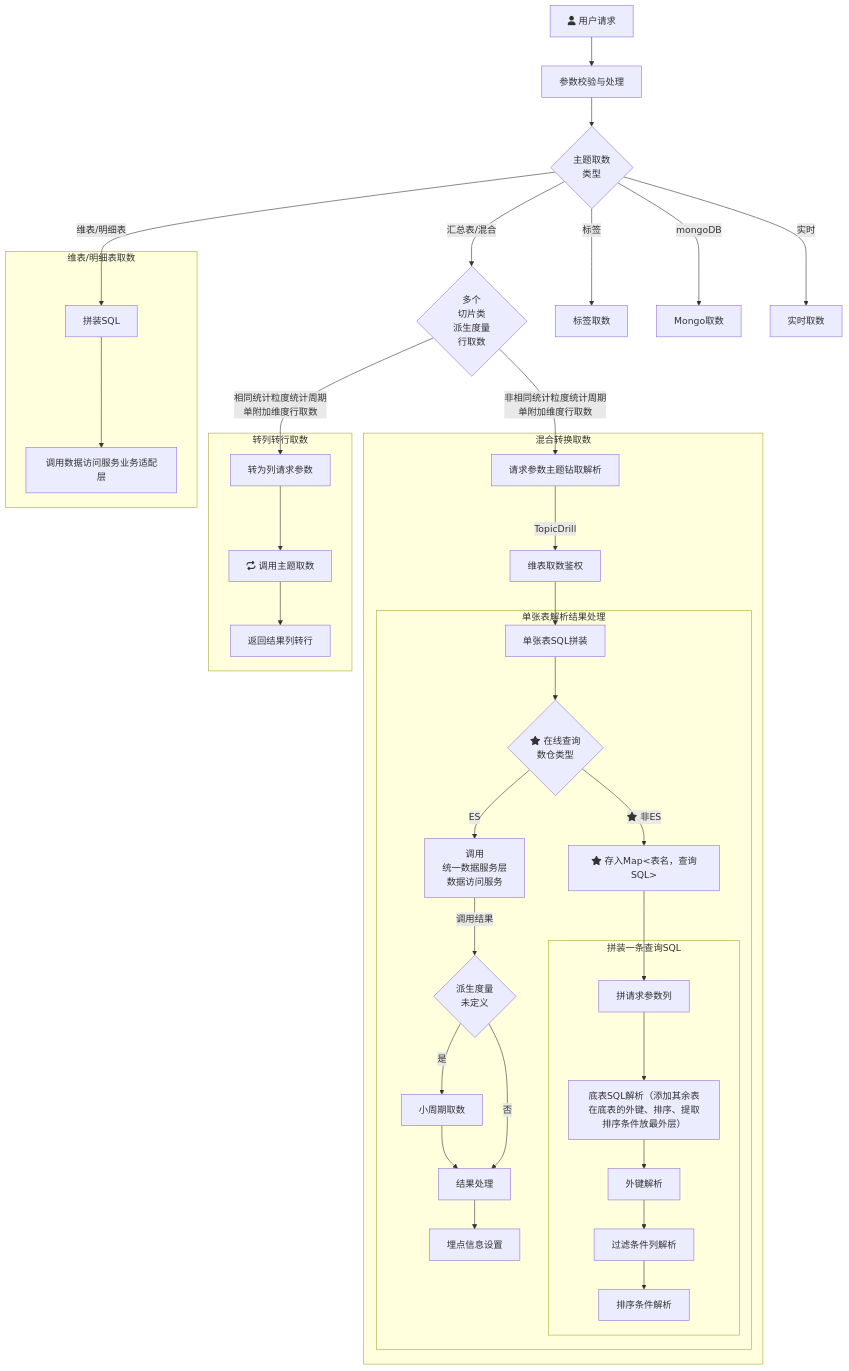
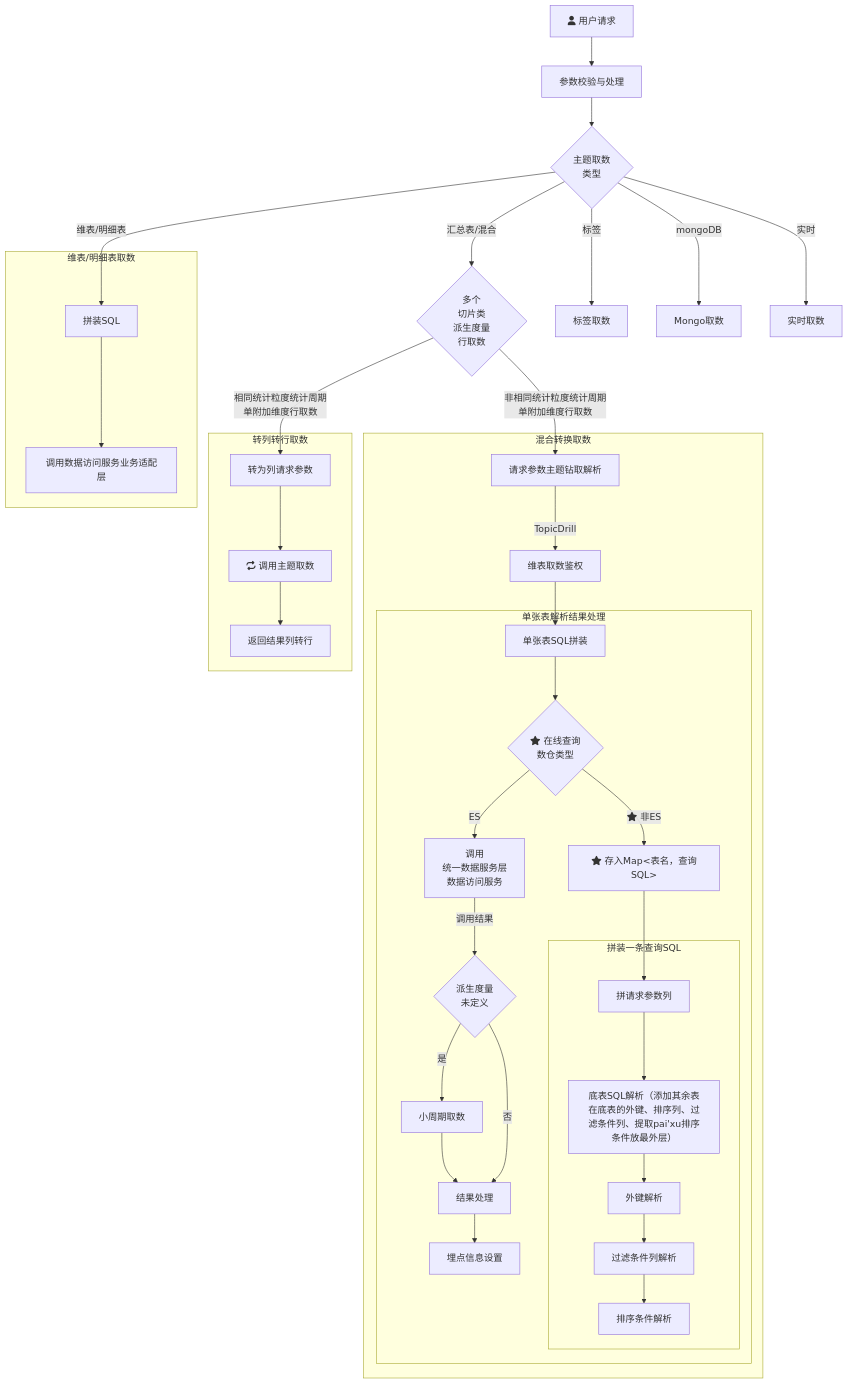
The diagram in all/未命名.md (yanglosm/iodraw-files), drawn with Mermaid before and after one commit.

Commit message:
2024-11-29 19:38:07 update

````diff
--- a/all/未命名.md
+++ b/all/未命名.md
@@ -1,30 +1,30 @@
 ```mermaid
 flowchart TD
     A[fa:fa-user 用户请求] -->A1[参数校验与处理] --> B{主题取数\n类型}
     B -->|维表/明细表| D[拼装SQL]
     B -->|汇总表/混合| E{多个\n切片类\n派生度量\n行取数}
     B -->|标签| F[标签取数]
     B -->|mongoDB| G[Mongo取数]
     B -->|实时| H[实时取数]
     E -->|相同统计粒度统计周期\n单附加维度行取数| E1[转为列请求参数]
     E -->|非相同统计粒度统计周期\n单附加维度行取数| T1[请求参数主题钻取解析]
     subgraph 维表/明细表取数
     D-->D1[调用数据访问服务业务适配层]
     end
     subgraph 转列转行取数
     E1-->E11[fa:fa-repeat 调用主题取数]-->E12[返回结果列转行]
     end
     subgraph 混合转换取数
     T1-->|TopicDrill| T2[维表取数鉴权] --> T31[单张表SQL拼装]
         subgraph 单张表解析结果处理
         T31 --> T4{fa:fa-star 在线查询\n数仓类型}-->|ES|T32[调用\n统一数据服务层\n数据访问服务] --> |调用结果|T33{派生度量\n未定义}
         T33 --> |是|T33_1[小周期取数]-->T34[结果处理]-->T35[埋点信息设置]
         T33 --> |否|T34
         T4 --> |fa:fa-star 非ES|T41["fa:fa-star 存入Map<表名，查询SQL>"]
         T41 --> T42[拼请求参数列]
             subgraph 拼装一条查询SQL
-            T42 --> M1[底表SQL解析（添加其余表在底表的外键、排序、提取排序条件放最外层）] --> M2[外键解析] --> 过滤条件列解析 --> 排序条件解析
+            T42 --> M1[底表SQL解析（添加其余表在底表的外键、排序列、过滤条件列、提取pai'xu排序条件放最外层）] --> M2[外键解析] --> 过滤条件列解析 --> 排序条件解析
             end
         end
     end
 ```
````
